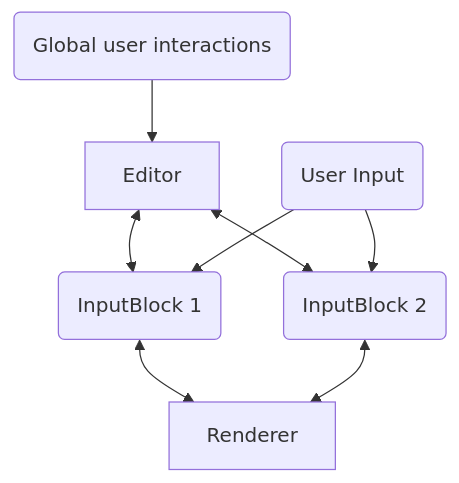
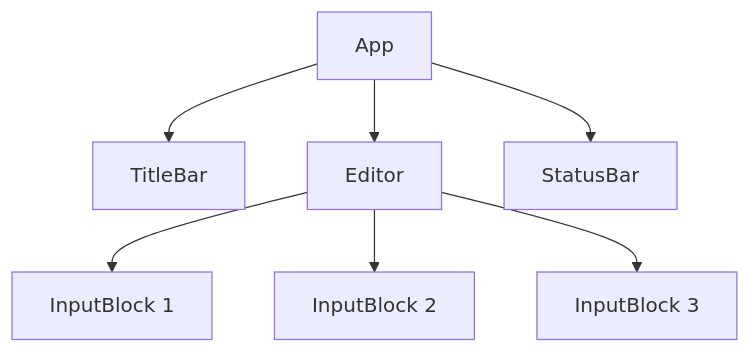
Before and after one commit to chen-yingfa/qingshu: the first of 3 diagrams in docs/dev/architecture.md, drawn with Mermaid. The commit also changed other lines of this file, not shown here.

````diff
--- a/docs/dev/architecture.md
+++ b/docs/dev/architecture.md
@@ -23,10 +10,9 @@
 ```mermaid
 flowchart TD
-    global(Global user interactions) --> Editor
-    Editor <--> block1(InputBlock 1)
-    Editor <--> block2(InputBlock 2)
-    input(User Input) --> block1
-    input --> block2
-    block1 <--> Renderer
-    block2 <--> Renderer
+    App --> TitleBar
+    App --> Editor
+    App --> StatusBar
+    Editor --> block1[InputBlock 1]
+    Editor --> block2[InputBlock 2]
+    Editor --> block3[InputBlock 3]
 ```
````
